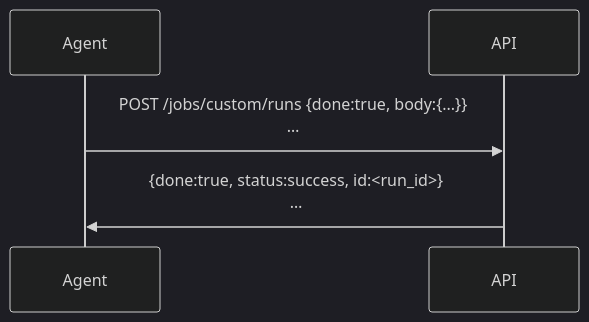
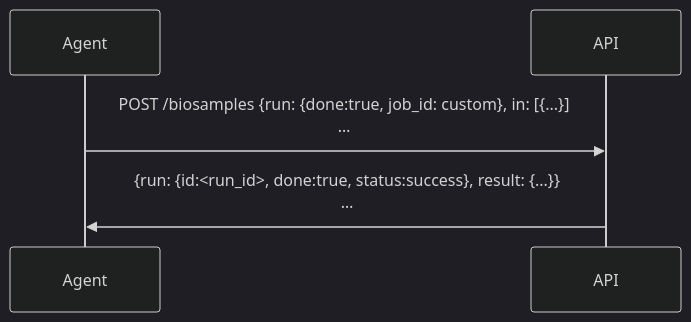
One commit to microbiomedata/nmdc-runtime changed the third of 4 diagrams in docs/draft.md. Above: the diagram before and after it, drawn with Mermaid (dark theme). The commit also changed other lines of this file, not shown here.

````diff
--- a/docs/draft.md
+++ b/docs/draft.md
@@ -62,7 +61,7 @@
 ```mermaid
 sequenceDiagram
     participant Agent
     participant API
-    Agent->>API: POST /jobs/custom/runs {done:true, body:{...}}<br/>…
-    API->>Agent: {done:true, status:success, id:<run_id>}<br/>…
+    Agent->>API: POST /biosamples {run: {done:true, job_id: custom}, in: [{...}]<br/>…
+    API->>Agent: {run: {id:<run_id>, done:true, status:success}, result: {...}}<br/>…
 ```
````
